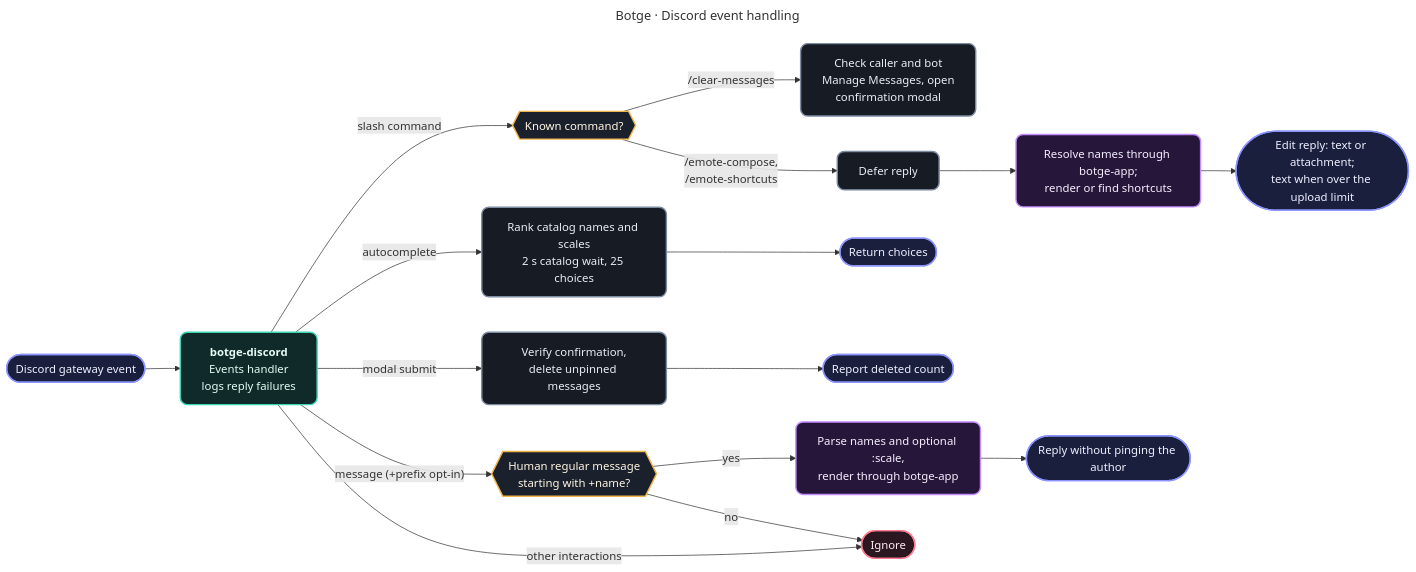
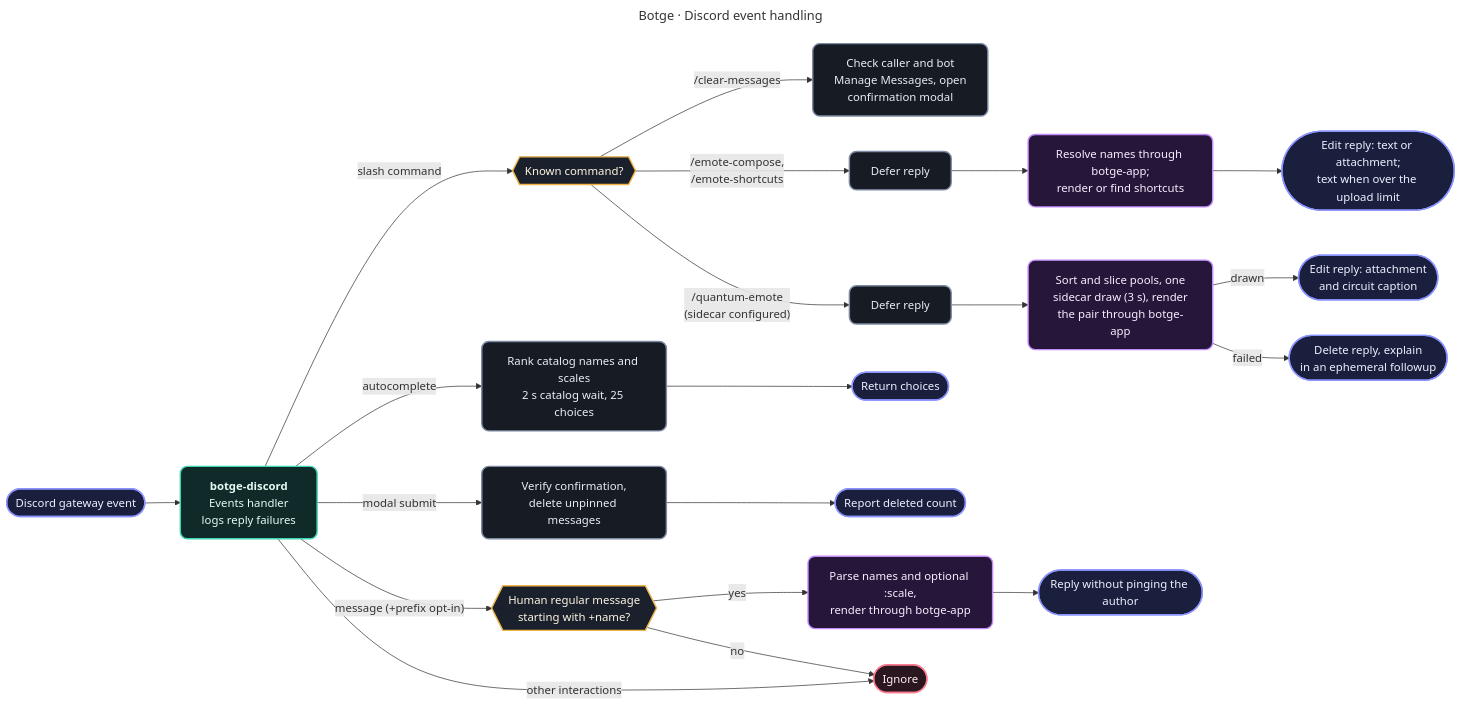
Before and after one commit to MrewyOrg/Botge: the diagram in docs/diagrams/discord-interactions.mmd, drawn with Mermaid. The commit also changed 64 other files, not shown here.

First line of the commit message:
feat(quantum): add /quantum-emote with its register budget and sidecar client

```diff
--- a/docs/diagrams/discord-interactions.mmd
+++ b/docs/diagrams/discord-interactions.mmd
@@ -1,37 +1,41 @@
 ---
 title: Botge · Discord event handling
 ---
 flowchart LR
     event(["Discord gateway event"]) --> handler["<b>botge-discord</b><br/>Events handler<br/>logs reply failures"]
 
     handler -->|slash command| known{{"Known command?"}}
     known -->|"/clear-messages"| openModal["Check caller and bot<br/>Manage Messages, open<br/>confirmation modal"]
     known -->|"/emote-compose,<br/>/emote-shortcuts"| defer["Defer reply"]
     defer --> answer["Resolve names through botge-app;<br/>render or find shortcuts"]
     answer --> edit(["Edit reply: text or attachment;<br/>text when over the upload limit"])
+    known -->|"/quantum-emote<br/>(sidecar configured)"| deferQuantum["Defer reply"]
+    deferQuantum --> sample["Sort and slice pools, one<br/>sidecar draw (3 s), render<br/>the pair through botge-app"]
+    sample -->|drawn| caption(["Edit reply: attachment<br/>and circuit caption"])
+    sample -->|failed| ephemeral(["Delete reply, explain<br/>in an ephemeral followup"])
 
     handler -->|autocomplete| choices["Rank catalog names and scales<br/>2 s catalog wait, 25 choices"]
     choices --> respond(["Return choices"])
 
     handler -->|modal submit| confirm["Verify confirmation,<br/>delete unpinned messages"]
     confirm --> report(["Report deleted count"])
 
     handler -->|"message (+prefix opt-in)"| filter{{"Human regular message<br/>starting with +name?"}}
     filter -->|yes| prefix["Parse names and optional :scale,<br/>render through botge-app"]
     prefix --> replyMsg(["Reply without pinging the author"])
     filter -->|no| ignore(["Ignore"])
 
     handler -->|other interactions| ignore
 
     classDef entry fill:#1a1f3d,stroke:#8b93ff,color:#eef0ff,stroke-width:2px,rx:10,ry:10
     classDef core fill:#0f2a28,stroke:#3dd6b5,color:#e6fbf6,stroke-width:2px,rx:10,ry:10
     classDef media fill:#26173a,stroke:#c38bff,color:#f6eeff,stroke-width:2px,rx:10,ry:10
     classDef base fill:#161b24,stroke:#7d8ba3,color:#e9edf4,stroke-width:2px,rx:10,ry:10
     classDef gate fill:#1b212c,stroke:#f0b54a,color:#fff5e3,stroke-width:2px,rx:10,ry:10
     classDef deny fill:#2a1720,stroke:#ff7a90,color:#ffeef1,stroke-width:2px,rx:10,ry:10
-    class event,edit,respond,report,replyMsg entry
+    class event,edit,respond,report,replyMsg,caption,ephemeral entry
     class handler core
     class known,filter gate
-    class defer,openModal,confirm,choices base
-    class answer,prefix media
+    class defer,deferQuantum,openModal,confirm,choices base
+    class answer,prefix,sample media
     class ignore deny
```
